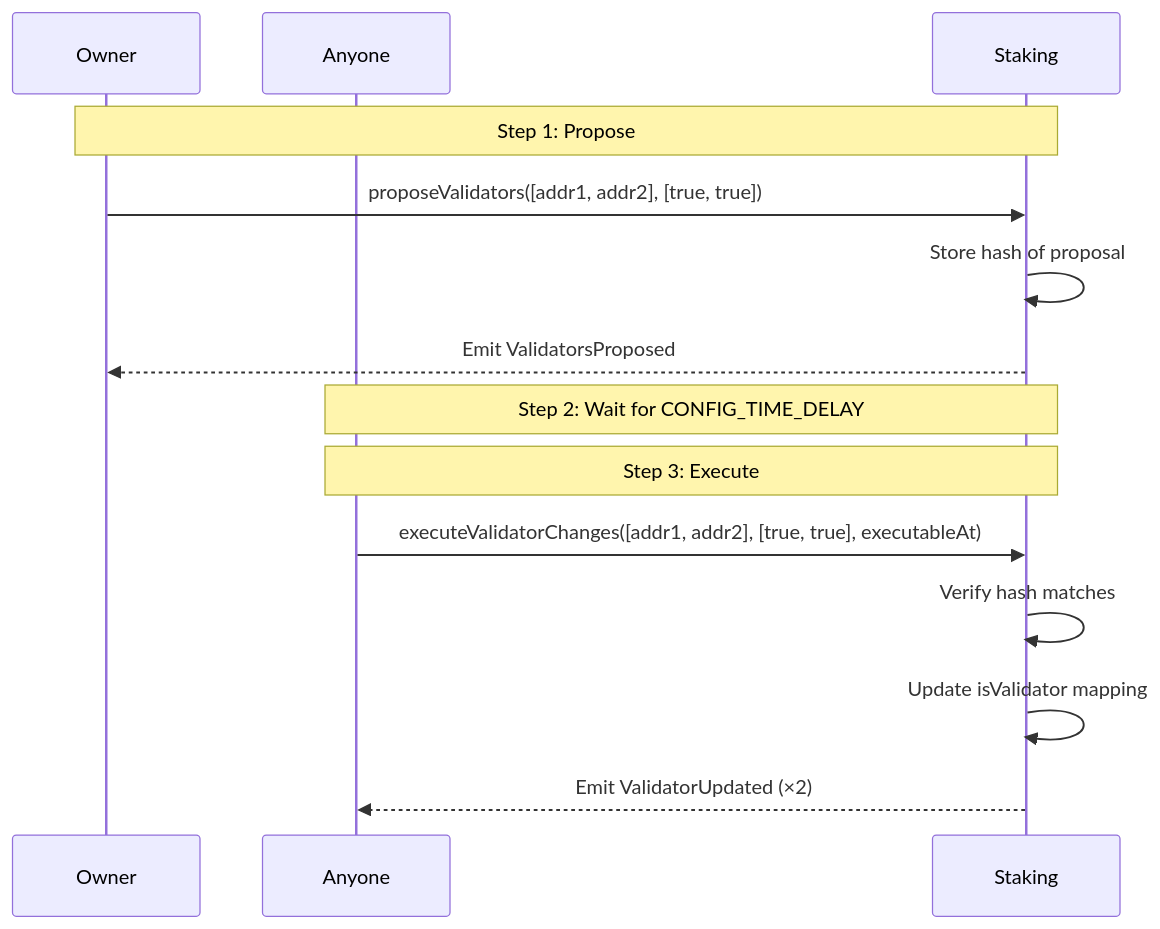
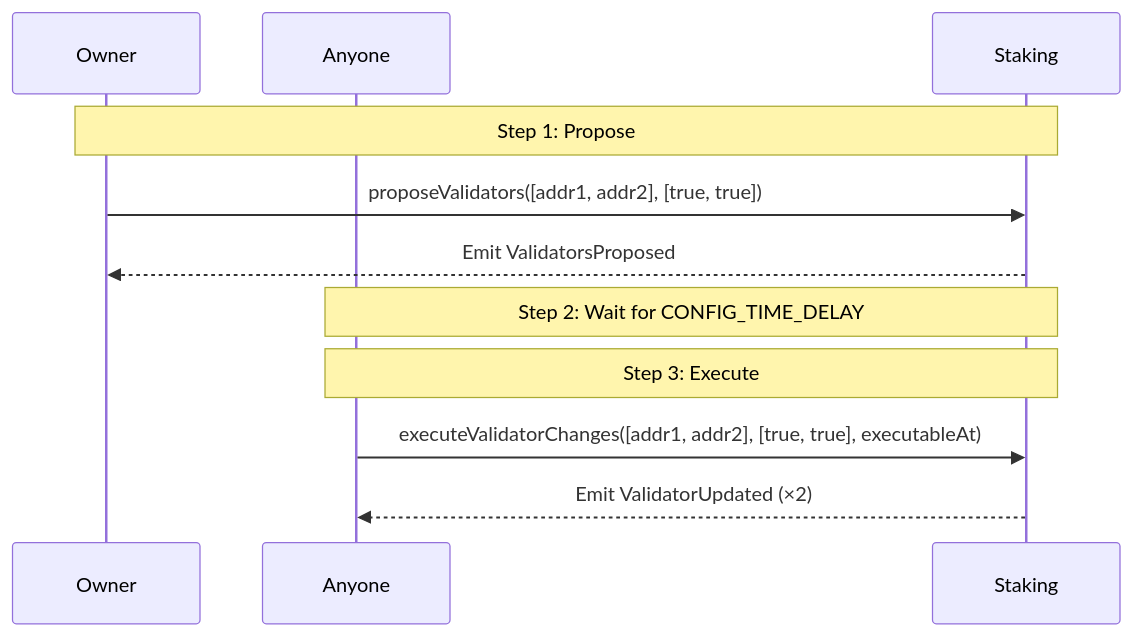
One commit to safe-fndn/safe-docs changed the third of 3 diagrams in safenet/protocol/staking.md. Above: the diagram before and after it, drawn with Mermaid. The commit also changed other lines of this file and 4 other files, not shown here.

````diff
--- a/safenet/protocol/staking.md
+++ b/safenet/protocol/staking.md
@@ -86,19 +77,16 @@
 ```mermaid
 sequenceDiagram
     participant Owner
     participant Anyone
     participant Staking
     
     Note over Owner,Staking: Step 1: Propose
     Owner->>Staking: proposeValidators([addr1, addr2], [true, true])
-    Staking->>Staking: Store hash of proposal
     Staking-->>Owner: Emit ValidatorsProposed
     
     Note over Anyone,Staking: Step 2: Wait for CONFIG_TIME_DELAY
     
     Note over Anyone,Staking: Step 3: Execute
     Anyone->>Staking: executeValidatorChanges([addr1, addr2], [true, true], executableAt)
-    Staking->>Staking: Verify hash matches
-    Staking->>Staking: Update isValidator mapping
     Staking-->>Anyone: Emit ValidatorUpdated (×2)
 ```
````
